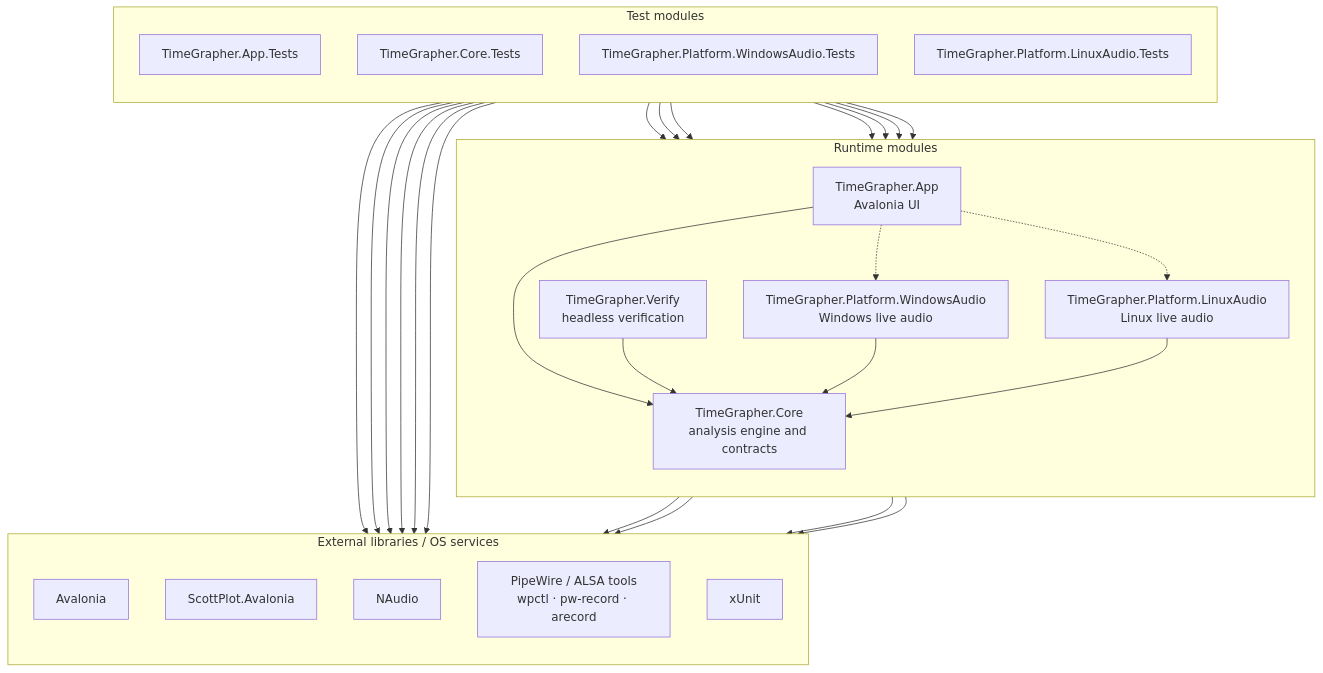
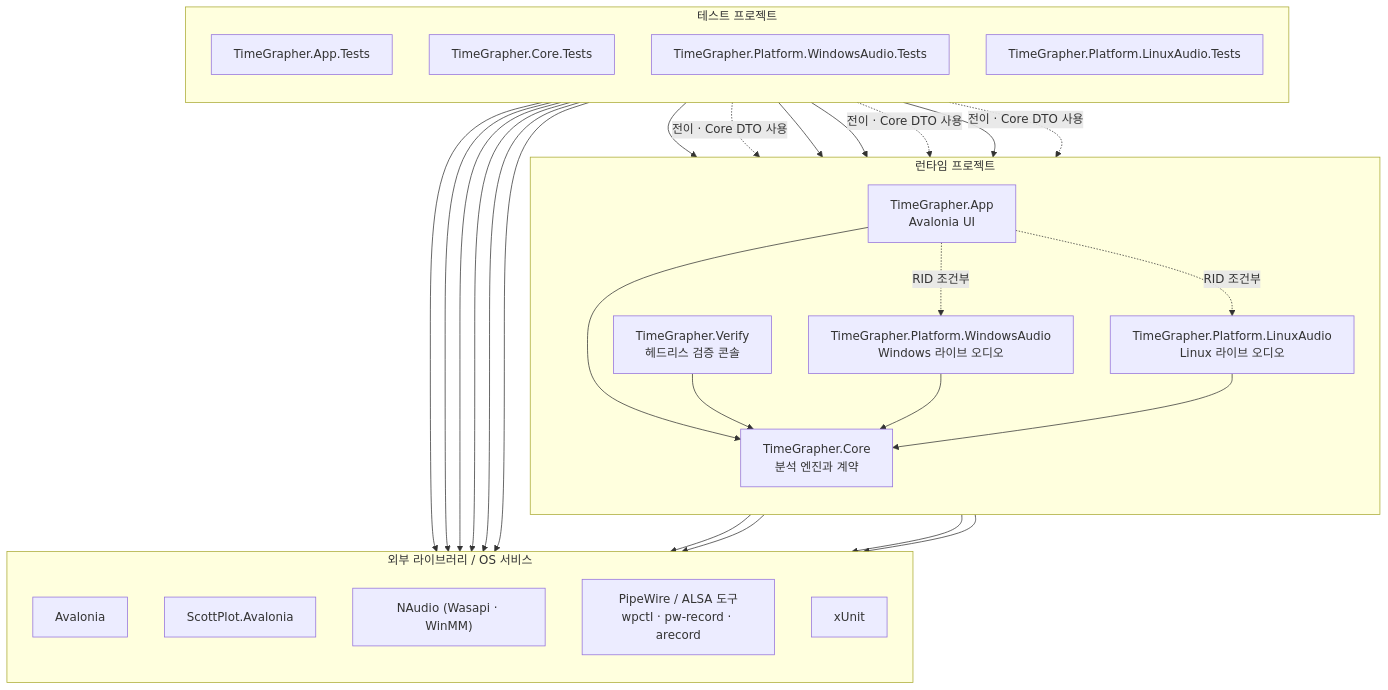
One commit to Jae-hong-5/TimeGrapher-Net changed the first of 3 diagrams in docs/architecture/MODULE_USES_VIEW.md. Above: the diagram before and after it, drawn with Mermaid. The commit also changed other lines of this file and 4 other files, not shown here.

First line of the commit message:
docs(architecture): sync view diagrams to code and rewrite in Korean

````diff
--- a/docs/architecture/MODULE_USES_VIEW.md
+++ b/docs/architecture/MODULE_USES_VIEW.md
@@ -7,54 +9,54 @@
 ```mermaid
 flowchart TB
-    subgraph Runtime["Runtime modules"]
+    subgraph Runtime["런타임 프로젝트"]
         direction TB
         App["TimeGrapher.App<br/>Avalonia UI"]
-        Verify["TimeGrapher.Verify<br/>headless verification"]
-        WindowsAudio["TimeGrapher.Platform.WindowsAudio<br/>Windows live audio"]
-        LinuxAudio["TimeGrapher.Platform.LinuxAudio<br/>Linux live audio"]
-        Core["TimeGrapher.Core<br/>analysis engine and contracts"]
+        Verify["TimeGrapher.Verify<br/>헤드리스 검증 콘솔"]
+        WindowsAudio["TimeGrapher.Platform.WindowsAudio<br/>Windows 라이브 오디오"]
+        LinuxAudio["TimeGrapher.Platform.LinuxAudio<br/>Linux 라이브 오디오"]
+        Core["TimeGrapher.Core<br/>분석 엔진과 계약"]
     end
 
-    subgraph Tests["Test modules"]
+    subgraph Tests["테스트 프로젝트"]
         direction TB
         AppTests["TimeGrapher.App.Tests"]
         CoreTests["TimeGrapher.Core.Tests"]
         WindowsAudioTests["TimeGrapher.Platform.WindowsAudio.Tests"]
         LinuxAudioTests["TimeGrapher.Platform.LinuxAudio.Tests"]
     end
 
-    subgraph External["External libraries / OS services"]
+    subgraph External["외부 라이브러리 / OS 서비스"]
         direction TB
         Avalonia["Avalonia"]
         ScottPlot["ScottPlot.Avalonia"]
-        NAudio["NAudio"]
-        LinuxAudioStack["PipeWire / ALSA tools<br/>wpctl · pw-record · arecord"]
+        NAudio["NAudio (Wasapi · WinMM)"]
+        LinuxAudioStack["PipeWire / ALSA 도구<br/>wpctl · pw-record · arecord"]
         Xunit["xUnit"]
     end
 
     App --> Core
-    App -.-> WindowsAudio
-    App -.-> LinuxAudio
+    App -. "RID 조건부" .-> WindowsAudio
+    App -. "RID 조건부" .-> LinuxAudio
     Verify --> Core
     WindowsAudio --> Core
     LinuxAudio --> Core
 
     AppTests --> App
-    AppTests --> Core
+    AppTests -. "전이 · Core DTO 사용" .-> Core
     CoreTests --> Core
     WindowsAudioTests --> WindowsAudio
-    WindowsAudioTests --> Core
+    WindowsAudioTests -. "전이 · Core DTO 사용" .-> Core
     LinuxAudioTests --> LinuxAudio
-    LinuxAudioTests --> Core
+    LinuxAudioTests -. "전이 · Core DTO 사용" .-> Core
 
     App --> Avalonia
     App --> ScottPlot
     WindowsAudio --> NAudio
     LinuxAudio --> LinuxAudioStack
     AppTests --> Avalonia
     AppTests --> ScottPlot
     AppTests --> Xunit
     CoreTests --> Xunit
     WindowsAudioTests --> Xunit
     LinuxAudioTests --> Xunit
 ```
````
